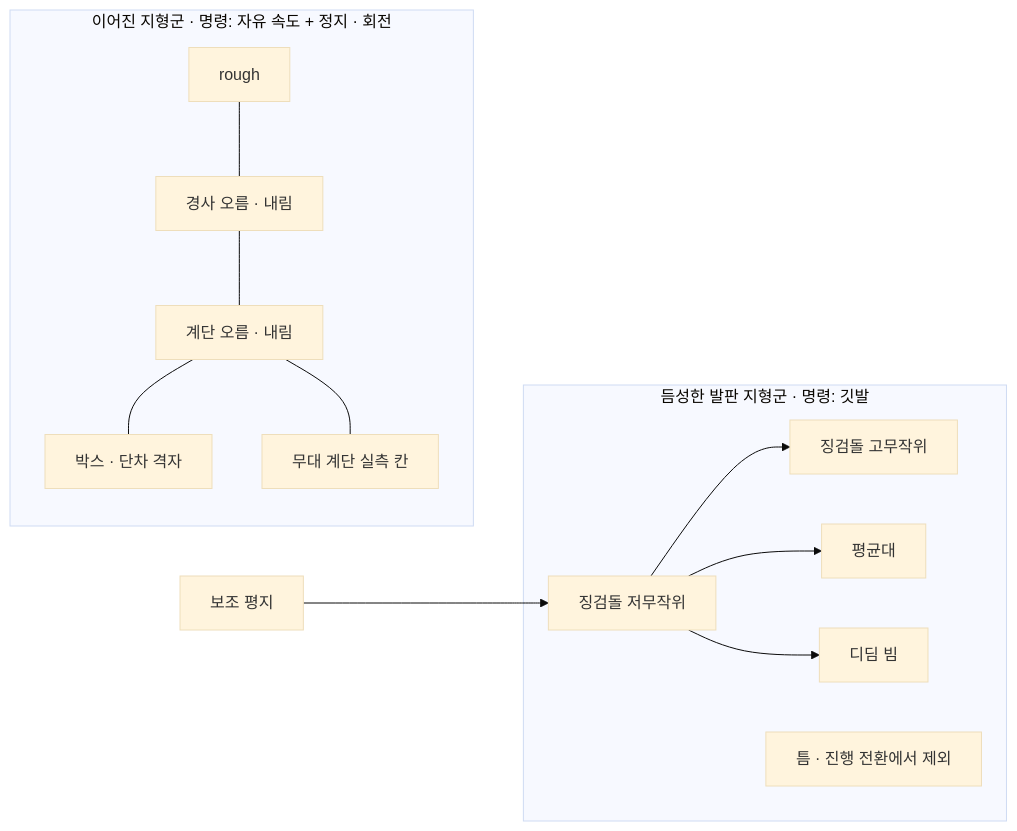
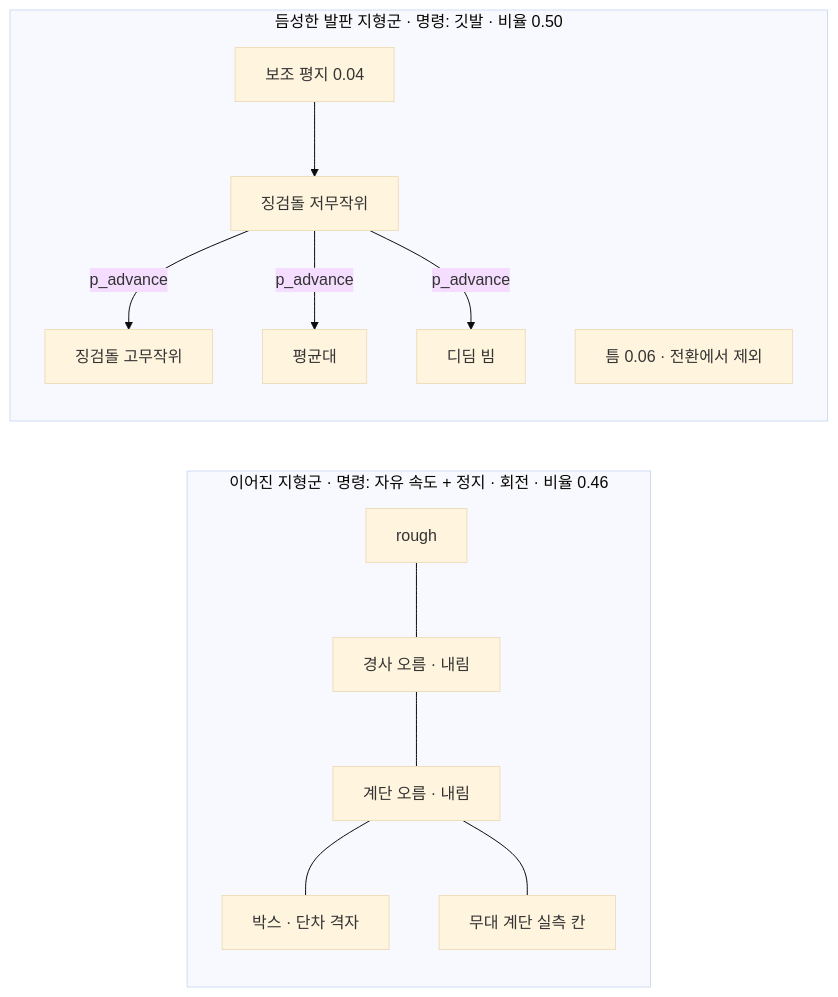
Before and after one commit to foothold-project/foothold-lab: the diagram in inbox/jay/20261019-design/15-TERRAIN-CURRICULUM.md, drawn with Mermaid (base theme). The commit also changed other lines of this file and 25 other files, not shown here.

````diff
--- a/inbox/jay/20261019-design/15-TERRAIN-CURRICULUM.md
+++ b/inbox/jay/20261019-design/15-TERRAIN-CURRICULUM.md
@@ -11,16 +15,16 @@
 ```mermaid
 flowchart LR
-  subgraph CONT[이어진 지형군 · 명령: 자유 속도 + 정지 · 회전]
+  subgraph CONT[이어진 지형군 · 명령: 자유 속도 + 정지 · 회전 · 비율 0.46]
     R[rough] --- S[경사 오름 · 내림]
     S --- ST[계단 오름 · 내림]
     ST --- B[박스 · 단차 격자]
     ST --- STAGE[무대 계단 실측 칸]
   end
-  subgraph SPARSE[듬성한 발판 지형군 · 명령: 깃발]
-    SS0[징검돌 저무작위] --> SS1[징검돌 고무작위]
-    SS0 --> BB[평균대]
-    SS0 --> SB[디딤 빔]
-    G[틈 · 진행 전환에서 제외]
+  subgraph SPARSE[듬성한 발판 지형군 · 명령: 깃발 · 비율 0.50]
+    FLAT[보조 평지 0.04] --> SS0[징검돌 저무작위]
+    SS0 -->|p_advance| SS1[징검돌 고무작위]
+    SS0 -->|p_advance| BB[평균대]
+    SS0 -->|p_advance| SB[디딤 빔]
+    G[틈 0.06 · 전환에서 제외]
   end
-  FLAT[보조 평지] --> SS0
 ```
````
